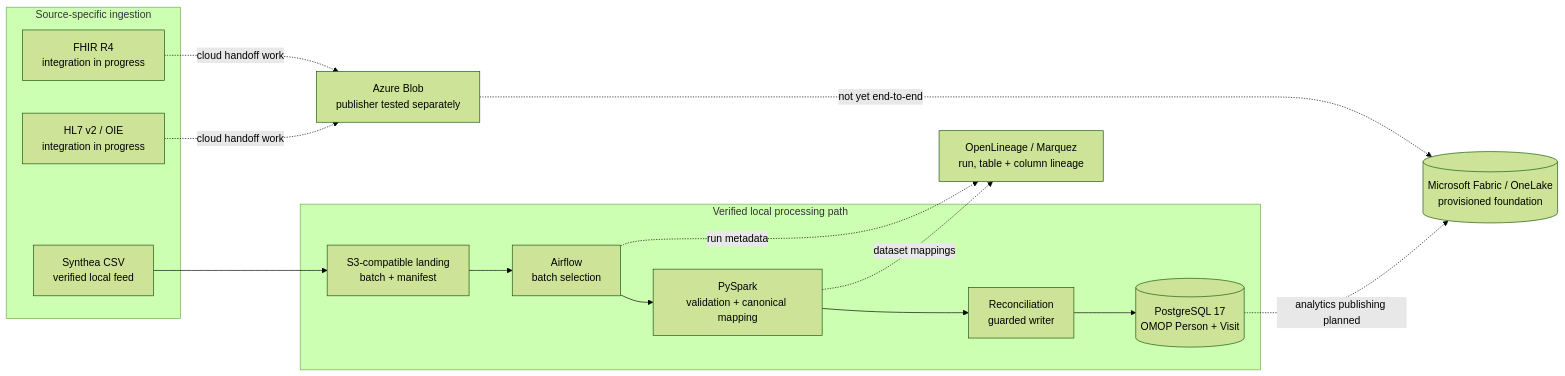
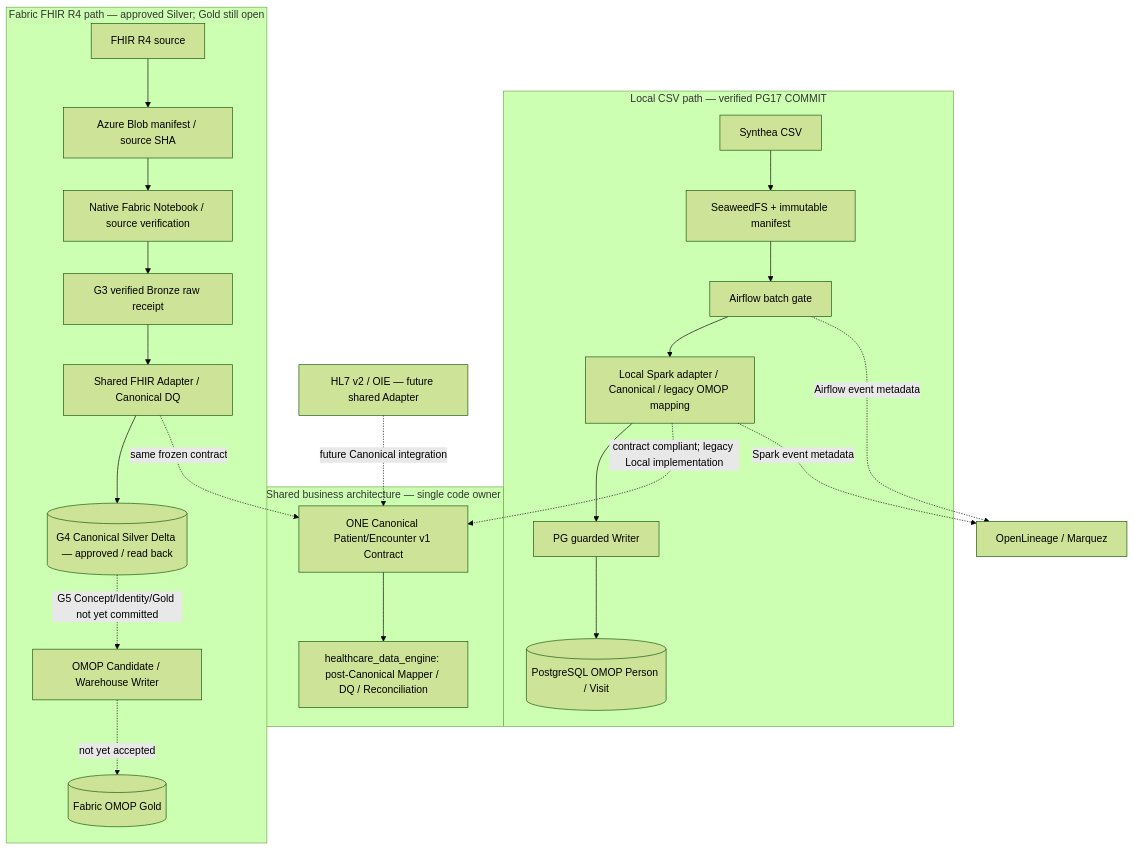
The diagram in README.md (JohnZhang-DataForge/healthcare-data-platform), drawn with Mermaid (forest theme) before and after one commit. The commit also changed other lines of this file and 12 other files, not shown here.

First line of the commit message:
docs: restore canonical-first shared multi-source architecture (#720)

````diff
--- a/README.md
+++ b/README.md
@@ -45,26 +49,28 @@
 ```mermaid
-flowchart LR
-    subgraph SOURCES["Source-specific ingestion"]
-        CSV["Synthea CSV<br/>verified local feed"]
-        FHIR["FHIR R4<br/>integration in progress"]
-        HL7["HL7 v2 / OIE<br/>integration in progress"]
+flowchart TB
+    subgraph LOCAL["Local CSV path — verified PG17 COMMIT"]
+        CSV["Synthea CSV"] --> S3["SeaweedFS + immutable manifest"]
+        S3 --> AF["Airflow batch gate"] --> LSP["Local Spark adapter / Canonical / legacy OMOP mapping"]
+        LSP --> PGW["PG guarded Writer"] --> PG[("PostgreSQL OMOP Person / Visit")]
     end
 
-    subgraph LOCAL["Verified local processing path"]
-        LAND["S3-compatible landing<br/>batch + manifest"]
-        AIR["Airflow<br/>batch selection"]
-        SPARK["PySpark<br/>validation + canonical mapping"]
-        GATE["Reconciliation<br/>guarded writer"]
-        OMOP[("PostgreSQL 17<br/>OMOP Person + Visit")]
+    subgraph FABRIC["Fabric FHIR R4 path — approved Silver; Gold still open"]
+        FHIR["FHIR R4 source"] --> BLOB["Azure Blob manifest / source SHA"]
+        BLOB --> NB["Native Fabric Notebook / source verification"]
+        NB --> BRONZE["G3 verified Bronze raw receipt"] --> FAD["Shared FHIR Adapter / Canonical DQ"] --> SILVER[("G4 Canonical Silver Delta — approved / read back")]
+        SILVER -. "G5 Concept/Identity/Gold not yet committed" .-> CAND["OMOP Candidate / Warehouse Writer"] 
+        CAND -. "not yet accepted" .-> DW[("Fabric OMOP Gold")]
     end
 
-    CSV --> LAND --> AIR --> SPARK --> GATE --> OMOP
+    subgraph SHARED["Shared business architecture — single code owner"]
+        CONTRACT["ONE Canonical Patient/Encounter v1 Contract"]
+        ENGINE["healthcare_data_engine: post-Canonical Mapper / DQ / Reconciliation"]
+        CONTRACT --> ENGINE
+    end
 
-    AIR -. "run metadata" .-> LINEAGE["OpenLineage / Marquez<br/>run, table + column lineage"]
-    SPARK -. "dataset mappings" .-> LINEAGE
-
-    FHIR -. "cloud handoff work" .-> BLOB["Azure Blob<br/>publisher tested separately"]
-    HL7 -. "cloud handoff work" .-> BLOB
-    BLOB -. "not yet end-to-end" .-> FABRIC[("Microsoft Fabric / OneLake<br/>provisioned foundation")]
-    OMOP -. "analytics publishing planned" .-> FABRIC
+    LSP -. "contract compliant; legacy Local implementation" .-> CONTRACT
+    FAD -. "same frozen contract" .-> CONTRACT
+    AF -. "Airflow event metadata" .-> LINEAGE["OpenLineage / Marquez"]
+    LSP -. "Spark event metadata" .-> LINEAGE
+    HL7["HL7 v2 / OIE — future shared Adapter"] -. "future Canonical integration" .-> CONTRACT
 ```
````
